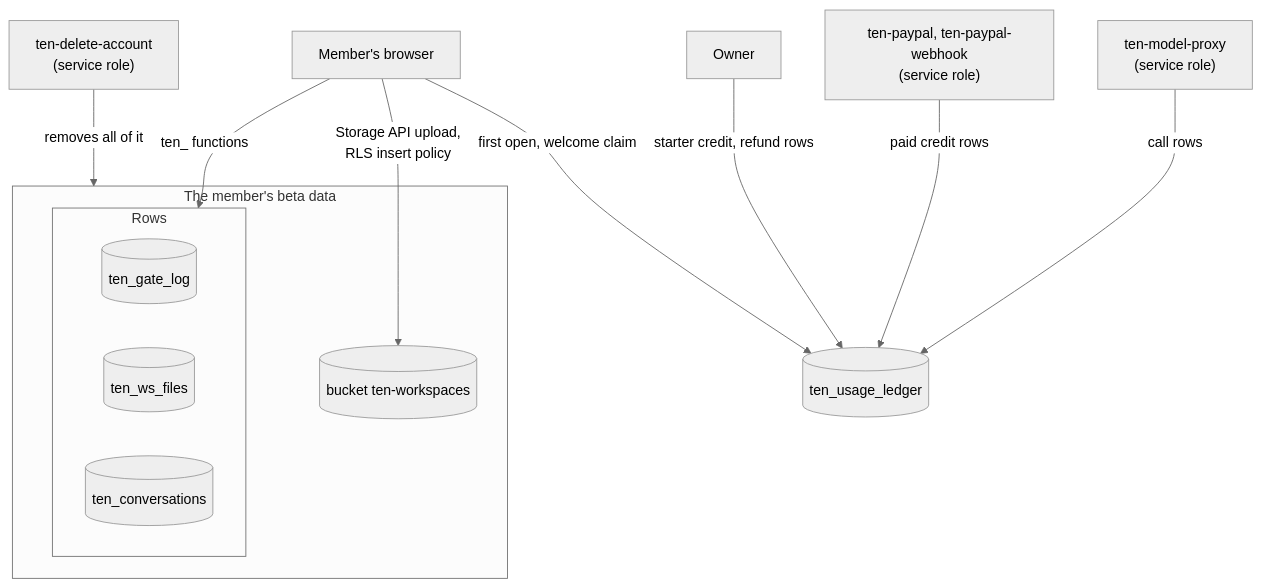
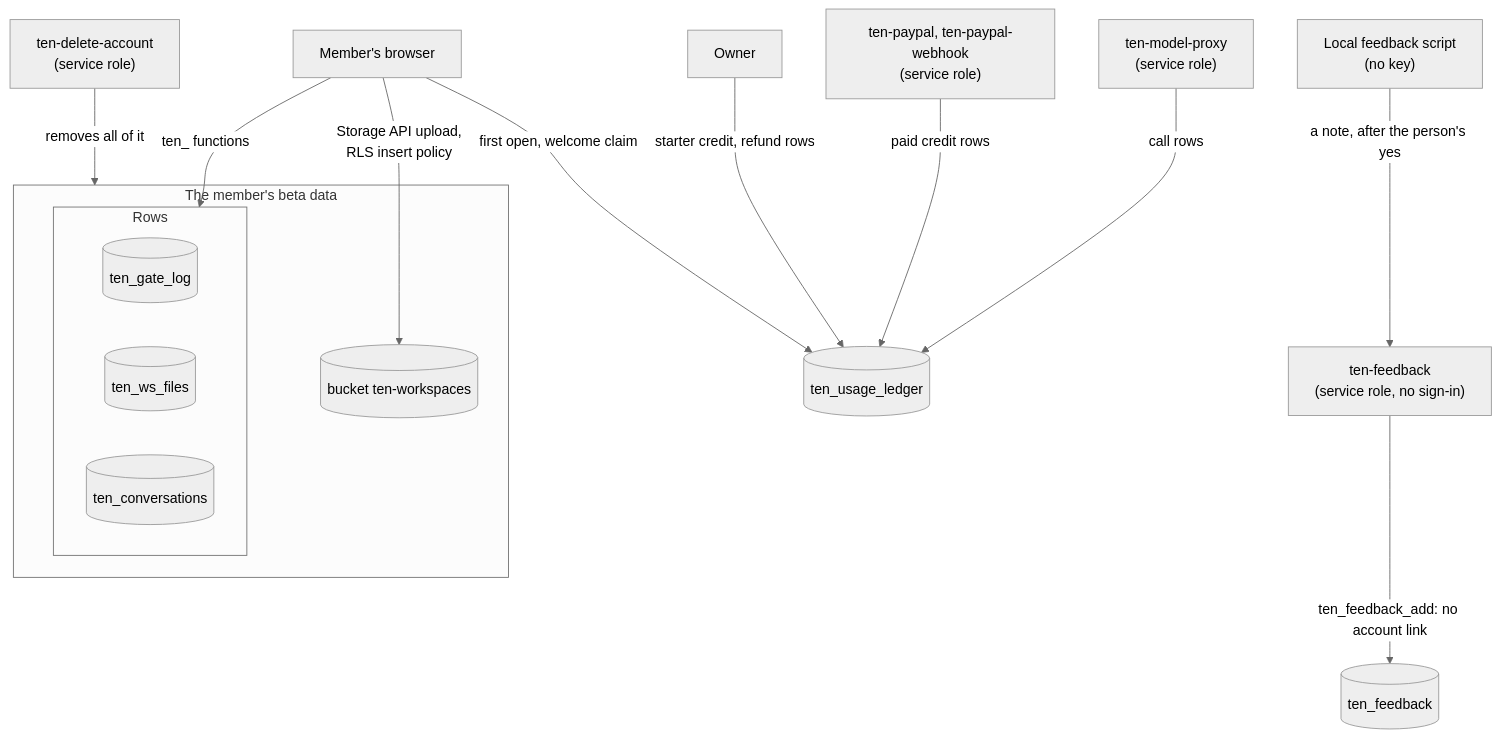
The fourth of 6 diagrams in docs/ARCHITECTURE.md (tydev-new/10xjobs-careercoach), drawn with Mermaid (neutral theme) before and after one commit. The commit also changed other lines of this file and 4 other files, not shown here.

First line of the commit message:
docs(feedback): README sentence, INSTALL note on the one network call, loading-map delta, ARCHITECTURE table and function (stage 1)

````diff
--- a/docs/ARCHITECTURE.md
+++ b/docs/ARCHITECTURE.md
@@ -234,24 +234,29 @@
 ```mermaid
 flowchart TD
   Browser["Member's browser"]
   Delete["ten-delete-account<br/>(service role)"]
   Proxy["ten-model-proxy<br/>(service role)"]
   Pay["ten-paypal, ten-paypal-webhook<br/>(service role)"]
+  Feedback["ten-feedback<br/>(service role, no sign-in)"]
+  Script["Local feedback script<br/>(no key)"]
   Owner["Owner"]
   subgraph Beta["The member's beta data"]
     subgraph Rows["Rows"]
       Gates[("ten_gate_log")]
       Files[("ten_ws_files")]
       Conv[("ten_conversations")]
     end
     Bucket[("bucket ten-workspaces")]
   end
   Ledger[("ten_usage_ledger")]
+  Notes[("ten_feedback")]
   Browser -->|ten_ functions| Rows
   Browser -->|"Storage API upload,<br/>RLS insert policy"| Bucket
   Delete -->|removes all of it| Beta
   Proxy -->|call rows| Ledger
   Pay -->|paid credit rows| Ledger
   Owner -->|starter credit, refund rows| Ledger
   Browser -->|first open, welcome claim| Ledger
+  Script -->|a note, after the person's yes| Feedback
+  Feedback -->|"ten_feedback_add: no account link"| Notes
 ```
````
